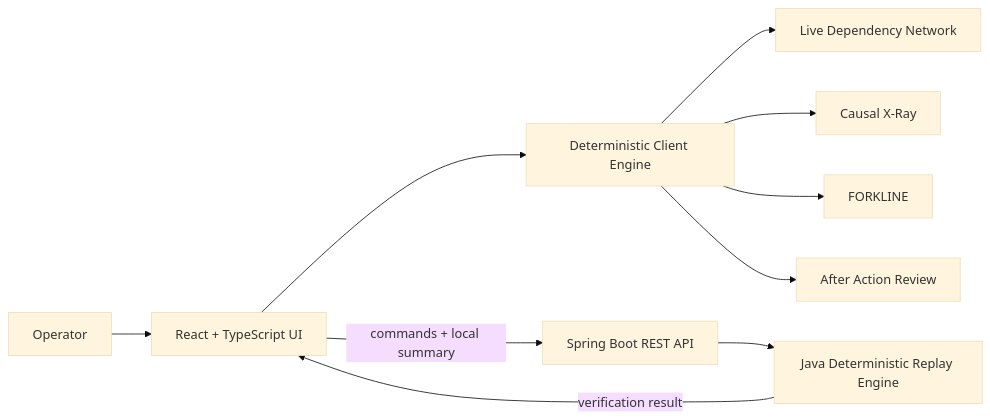
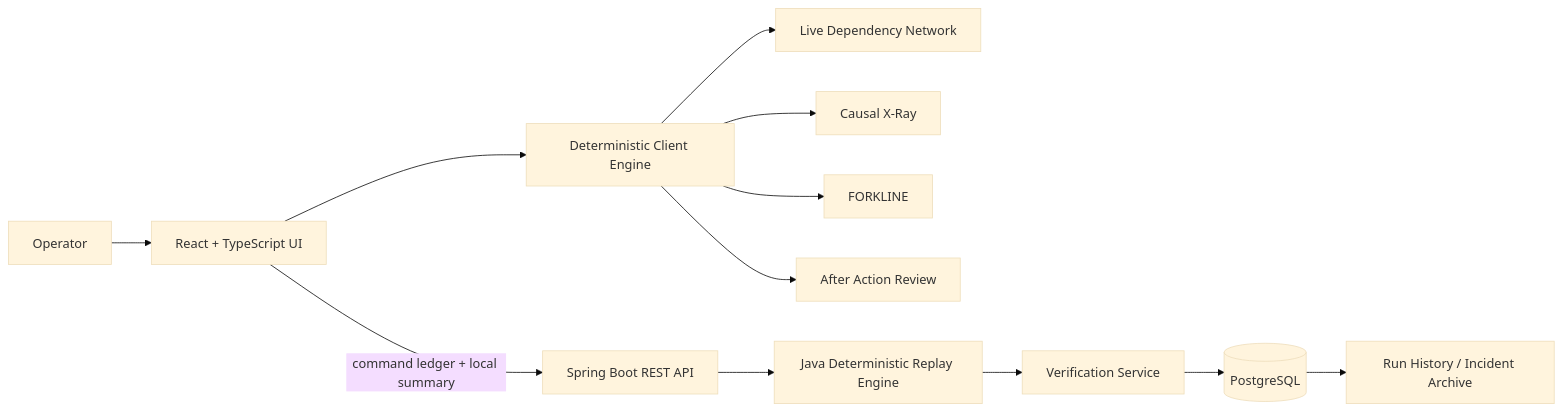
The diagram in README.md (BackendArchitectX/CascadeTrace), drawn with Mermaid (base theme) before and after one commit. The commit also changed other lines of this file and 23 other files, not shown here.

````diff
--- a/README.md
+++ b/README.md
@@ -50,12 +59,14 @@
 ```mermaid
 flowchart LR
     U[Operator] --> R[React + TypeScript UI]
     R --> E[Deterministic Client Engine]
     E --> N[Live Dependency Network]
     E --> C[Causal X-Ray]
     E --> F[FORKLINE]
     E --> A[After Action Review]
-    R -->|commands + local summary| API[Spring Boot REST API]
+    R -->|command ledger + local summary| API[Spring Boot REST API]
     API --> J[Java Deterministic Replay Engine]
-    J -->|verification result| R
+    J --> V[Verification Service]
+    V --> P[(PostgreSQL)]
+    P --> H[Run History / Incident Archive]
 ```
````
